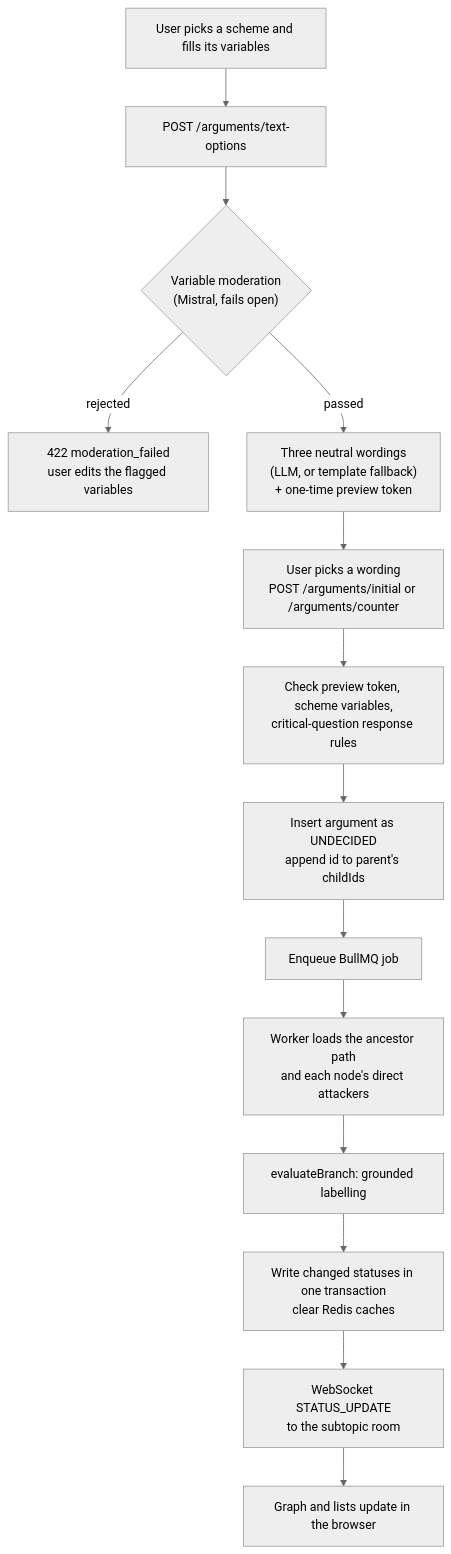
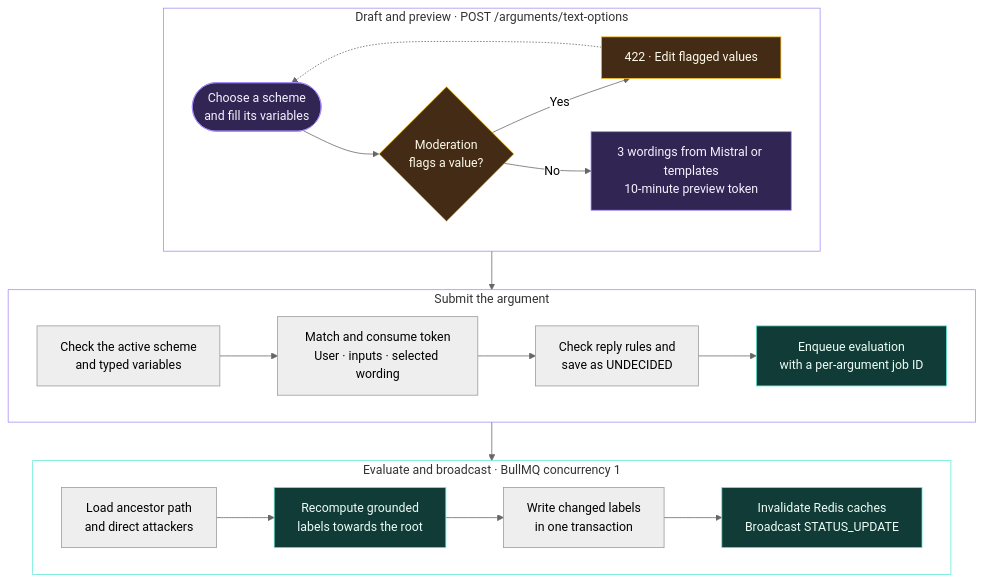
Before and after one commit to shah-anwar/inch: the first of 2 diagrams in README.md, drawn with Mermaid (neutral theme). The commit also changed other lines of this file, not shown here.

Commit message:
Expand README workflow diagram

````diff
--- a/README.md
+++ b/README.md
@@ -46,16 +47,39 @@
 ```mermaid
-flowchart TD
-    A["User picks a scheme and fills its variables"] --> B["POST /arguments/text-options"]
-    B --> C{"Variable moderation<br/>(Mistral, fails open)"}
-    C -- "rejected" --> D["422 moderation_failed<br/>user edits the flagged variables"]
-    C -- "passed" --> E["Three neutral wordings<br/>(LLM, or template fallback)<br/>+ one-time preview token"]
-    E --> F["User picks a wording<br/>POST /arguments/initial or /arguments/counter"]
-    F --> G["Check preview token, scheme variables,<br/>critical-question response rules"]
-    G --> H["Insert argument as UNDECIDED<br/>append id to parent's childIds"]
-    H --> I["Enqueue BullMQ job"]
-    I --> J["Worker loads the ancestor path<br/>and each node's direct attackers"]
-    J --> K["evaluateBranch: grounded labelling"]
-    K --> L["Write changed statuses in one transaction<br/>clear Redis caches"]
-    L --> M["WebSocket STATUS_UPDATE<br/>to the subtopic room"]
-    M --> N["Graph and lists update in the browser"]
+flowchart TB
+    accTitle: From argument draft to live status
+    accDescr: Moderation checks the draft before the server issues wording options and an expiring preview token. The API validates the submission, then a BullMQ worker recalculates the affected branch and broadcasts changed statuses.
+
+    subgraph DraftStage["Draft and preview · POST /arguments/text-options"]
+        direction LR
+        Draft(["Choose a scheme<br/>and fill its variables"]) --> Check{"Moderation<br/>flags a value?"}
+        Check -->|Yes| Revise["422 · Edit flagged values"]
+        Revise -.-> Draft
+        Check -->|No| Preview["3 wordings from Mistral or templates<br/>10-minute preview token"]
+    end
+
+    subgraph SubmitStage["Submit the argument"]
+        direction LR
+        Validate["Check the active scheme<br/>and typed variables"] --> Token["Match and consume token<br/>User · inputs · selected wording"]
+        Token --> Save["Check reply rules and<br/>save as UNDECIDED"]
+        Save --> Queue["Enqueue evaluation<br/>with a per-argument job ID"]
+    end
+
+    subgraph LiveStage["Evaluate and broadcast · BullMQ concurrency 1"]
+        direction LR
+        Load["Load ancestor path<br/>and direct attackers"] --> Evaluate["Recompute grounded<br/>labels towards the root"]
+        Evaluate --> Persist["Write changed labels<br/>in one transaction"]
+        Persist --> Broadcast["Invalidate Redis caches<br/>Broadcast STATUS_UPDATE"]
+    end
+
+    DraftStage --> SubmitStage --> LiveStage
+
+    classDef action fill:#312653,stroke:#A78BFA,color:#F5F3FF
+    classDef decision fill:#432B16,stroke:#FBBF24,color:#FFFBEB
+    classDef live fill:#113B37,stroke:#5EEAD4,color:#ECFDF5
+    class Draft,Preview action
+    class Check,Revise decision
+    class Queue,Evaluate,Broadcast live
+    style DraftStage fill:none,stroke:#A78BFA
+    style SubmitStage fill:none,stroke:#A78BFA
+    style LiveStage fill:none,stroke:#5EEAD4
 ```
````
